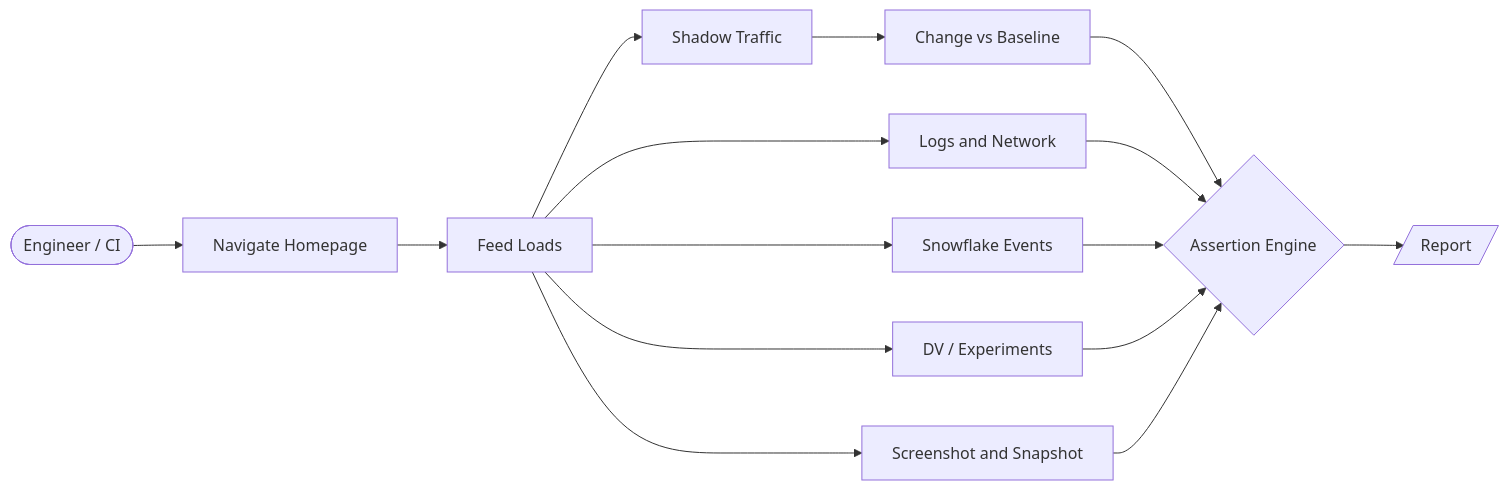
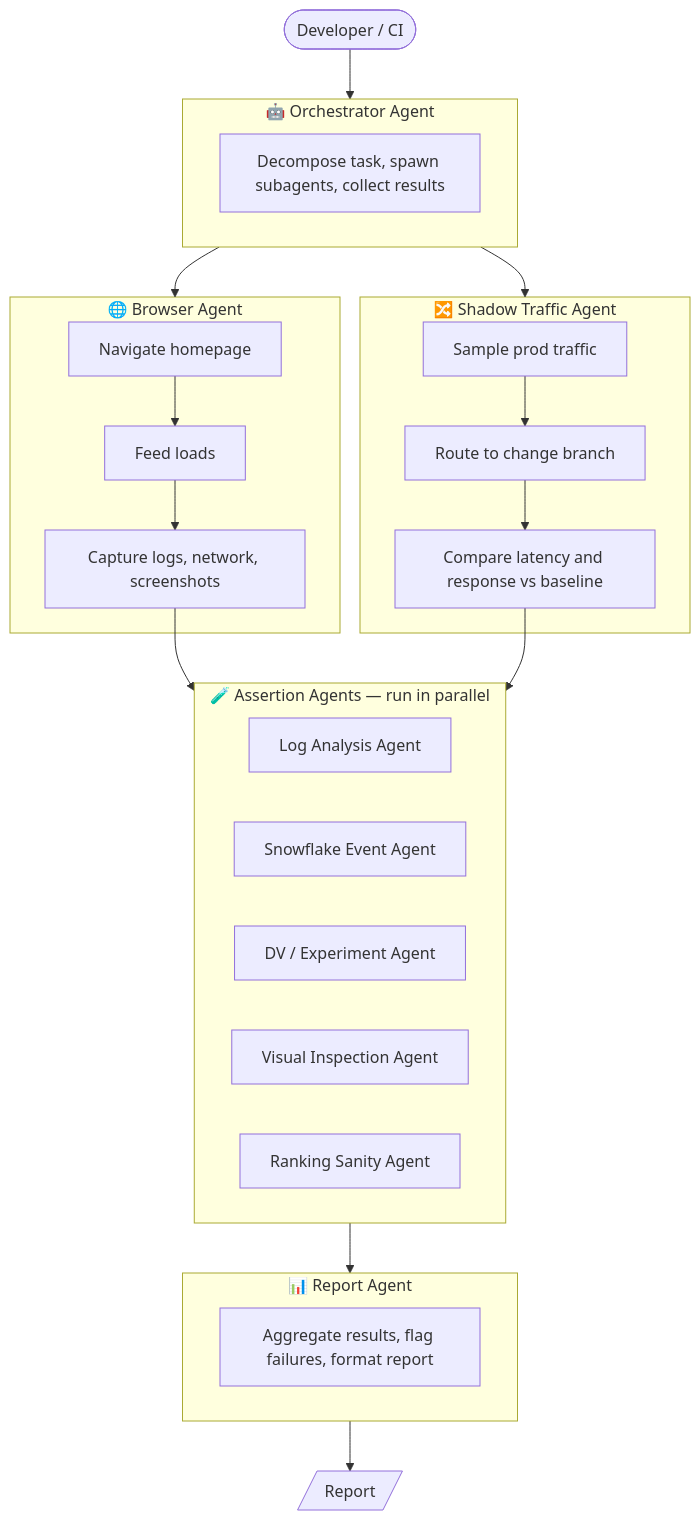
Before and after one commit to daniel-fonyo/dd-brain: the first of 3 diagrams in sandbox-e2e-testing/1-pager.md, drawn with Mermaid.

Commit message:
Redesign pipeline diagram to show LLM agents as actors

````diff
--- a/sandbox-e2e-testing/1-pager.md
+++ b/sandbox-e2e-testing/1-pager.md
@@ -7,21 +7,38 @@
 ```mermaid
-flowchart LR
-    A([Engineer / CI]) --> B[Navigate Homepage]
-    B --> C[Feed Loads]
+flowchart TD
+    A([Developer / CI]) --> Orch
 
-    C --> D[Shadow Traffic]
-    D --> D2[Change vs Baseline]
+    subgraph Orch["🤖 Orchestrator Agent"]
+        O1[Decompose task, spawn subagents, collect results]
+    end
 
-    C --> E[Logs and Network]
-    C --> F[Snowflake Events]
-    C --> G[DV / Experiments]
-    C --> H[Screenshot and Snapshot]
+    Orch --> BA
+    Orch --> STA
 
-    D2 --> I{Assertion Engine}
-    E --> I
-    F --> I
-    G --> I
-    H --> I
+    subgraph BA["🌐 Browser Agent"]
+        B1[Navigate homepage] --> B2[Feed loads] --> B3[Capture logs, network, screenshots]
+    end
 
-    I --> J[/Report/]
+    subgraph STA["🔀 Shadow Traffic Agent"]
+        S1[Sample prod traffic] --> S2[Route to change branch] --> S3[Compare latency and response vs baseline]
+    end
+
+    B3 --> AA
+    S3 --> AA
+
+    subgraph AA["🧪 Assertion Agents — run in parallel"]
+        AA1[Log Analysis Agent]
+        AA2[Snowflake Event Agent]
+        AA3[DV / Experiment Agent]
+        AA4[Visual Inspection Agent]
+        AA5[Ranking Sanity Agent]
+    end
+
+    AA --> RA
+
+    subgraph RA["📊 Report Agent"]
+        R1[Aggregate results, flag failures, format report]
+    end
+
+    RA --> Z[/Report/]
 ```
````
